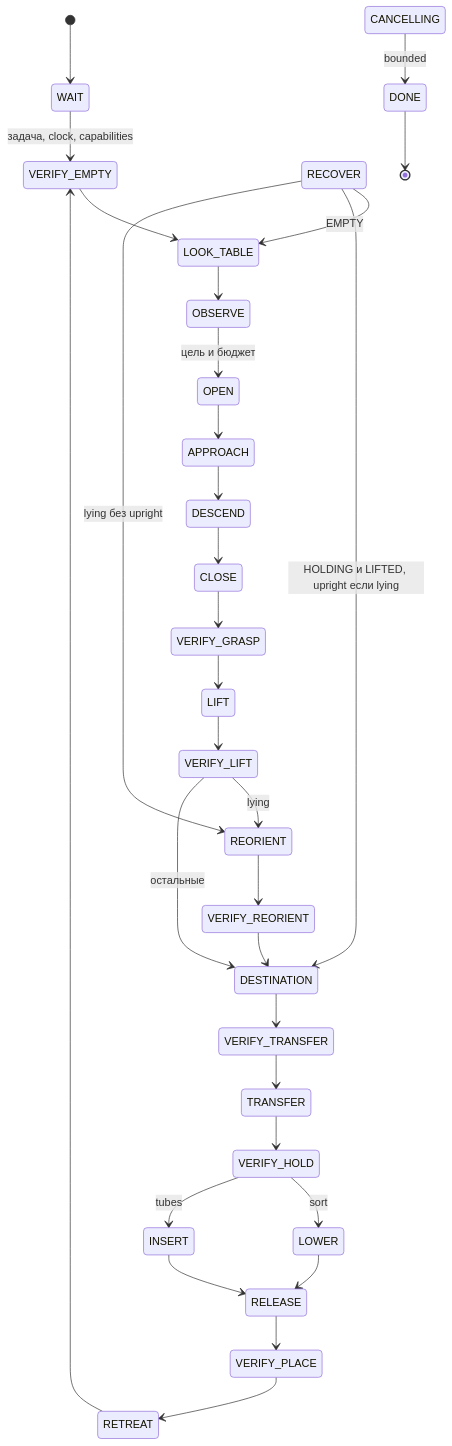
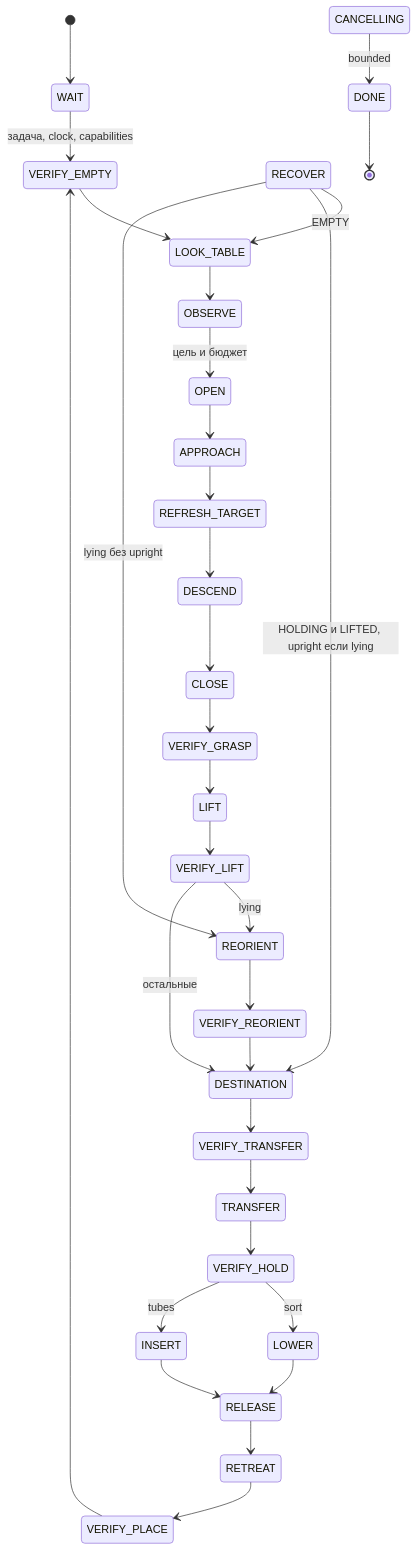
One commit to NoGuarantee/humanoid-tabletop-sorting changed the diagram in docs/FSM_SPEC.md. Above: the diagram before and after it, drawn with Mermaid. The commit also changed other lines of this file and 22 other files, not shown here.

````diff
--- a/docs/FSM_SPEC.md
+++ b/docs/FSM_SPEC.md
@@ -175,33 +176,34 @@
 ```mermaid
 stateDiagram-v2
     [*] --> WAIT
     WAIT --> VERIFY_EMPTY: задача, clock, capabilities
     VERIFY_EMPTY --> LOOK_TABLE
     LOOK_TABLE --> OBSERVE
     OBSERVE --> OPEN: цель и бюджет
     OPEN --> APPROACH
-    APPROACH --> DESCEND
+    APPROACH --> REFRESH_TARGET
+    REFRESH_TARGET --> DESCEND
     DESCEND --> CLOSE
     CLOSE --> VERIFY_GRASP
     VERIFY_GRASP --> LIFT
     LIFT --> VERIFY_LIFT
     VERIFY_LIFT --> REORIENT: lying
     REORIENT --> VERIFY_REORIENT
     VERIFY_REORIENT --> DESTINATION
     VERIFY_LIFT --> DESTINATION: остальные
     DESTINATION --> VERIFY_TRANSFER
     VERIFY_TRANSFER --> TRANSFER
     TRANSFER --> VERIFY_HOLD
     VERIFY_HOLD --> LOWER: sort
     VERIFY_HOLD --> INSERT: tubes
     LOWER --> RELEASE
     INSERT --> RELEASE
-    RELEASE --> VERIFY_PLACE
-    VERIFY_PLACE --> RETREAT
-    RETREAT --> VERIFY_EMPTY
+    RELEASE --> RETREAT
+    VERIFY_PLACE --> VERIFY_EMPTY
+    RETREAT --> VERIFY_PLACE
     RECOVER --> LOOK_TABLE: EMPTY
     RECOVER --> DESTINATION: HOLDING и LIFTED, upright если lying
     RECOVER --> REORIENT: lying без upright
     CANCELLING --> DONE: bounded
     DONE --> [*]
 ```
````
